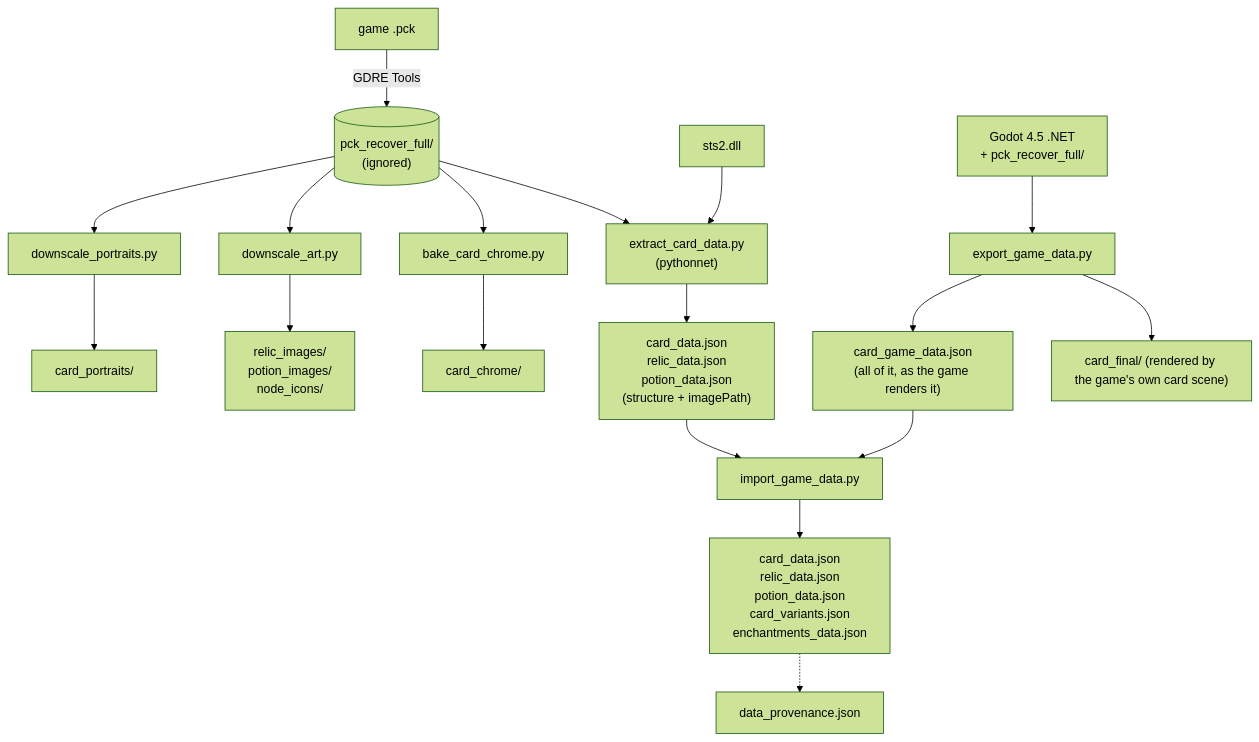
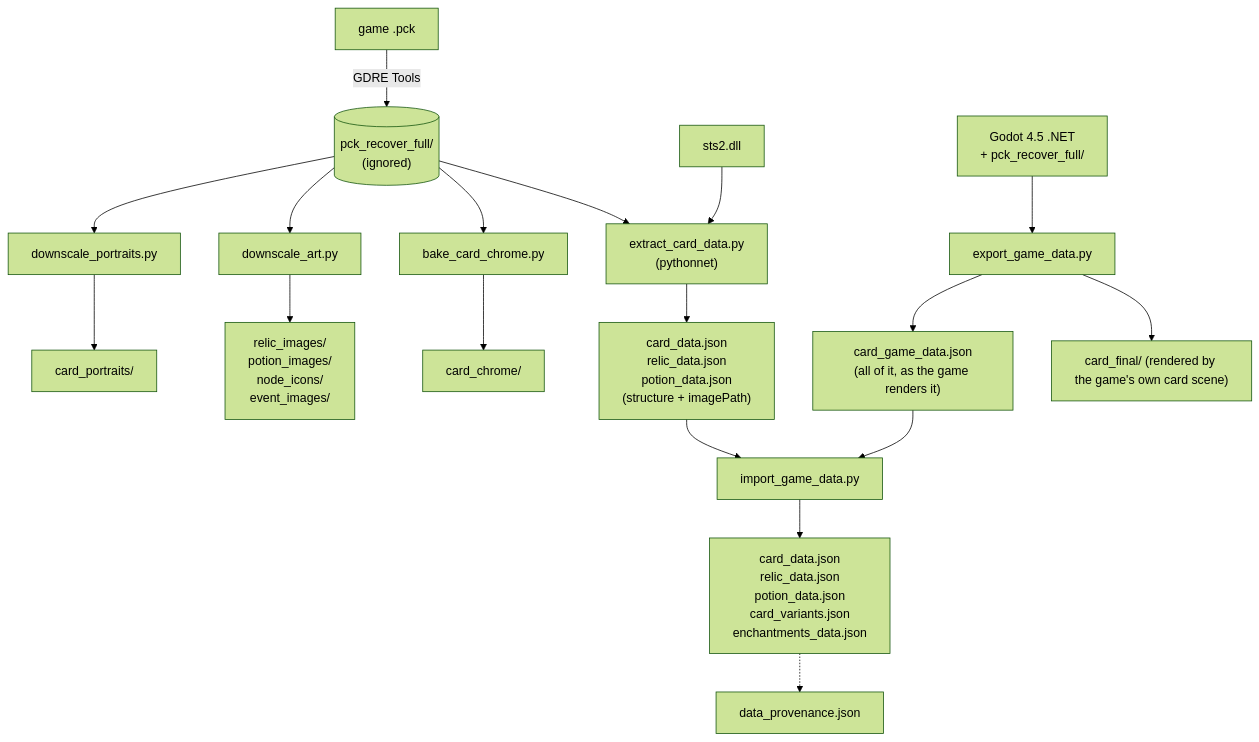
One commit to johnstonjesse329/slay-my-stats changed the fifth of 5 diagrams in README.md. Above: the diagram before and after it, drawn with Mermaid (forest theme). The commit also changed other lines of this file and 15 other files, not shown here.

````diff
--- a/README.md
+++ b/README.md
@@ -880,21 +882,21 @@
 ```mermaid
 flowchart TB
     pck["game .pck"] -- "GDRE Tools" --> rec[("pck_recover_full/<br/>(ignored)")]
     dll["sts2.dll"]
     rec --> portraits["downscale_portraits.py"]
     rec --> art["downscale_art.py"]
     rec --> chrome["bake_card_chrome.py"]
     rec --> extract["extract_card_data.py<br/>(pythonnet)"]
     dll --> extract
     portraits --> cp["card_portraits/"]
-    art --> ra["relic_images/<br/>potion_images/<br/>node_icons/"]
+    art --> ra["relic_images/<br/>potion_images/<br/>node_icons/<br/>event_images/"]
     chrome --> cc["card_chrome/"]
     extract --> json["card_data.json<br/>relic_data.json<br/>potion_data.json<br/>(structure + imagePath)"]
     game2["Godot 4.5 .NET<br/>+ pck_recover_full/"] --> export["export_game_data.py"]
     export --> gjson["card_game_data.json<br/>(all of it, as the game renders it)"]
     gjson --> imp["import_game_data.py"]
     json --> imp
     imp --> json2["card_data.json<br/>relic_data.json<br/>potion_data.json<br/>card_variants.json<br/>enchantments_data.json"]
     export --> cf["card_final/ (rendered by the game's own card scene)"]
     json2 -.-> prov["data_provenance.json"]
 ```
````
